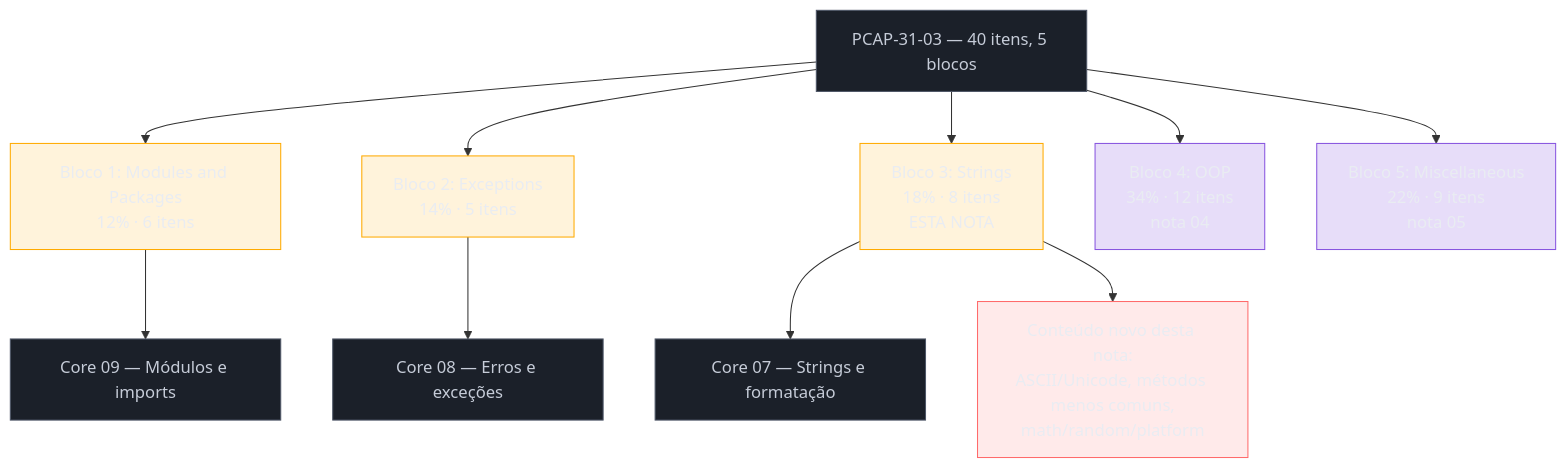
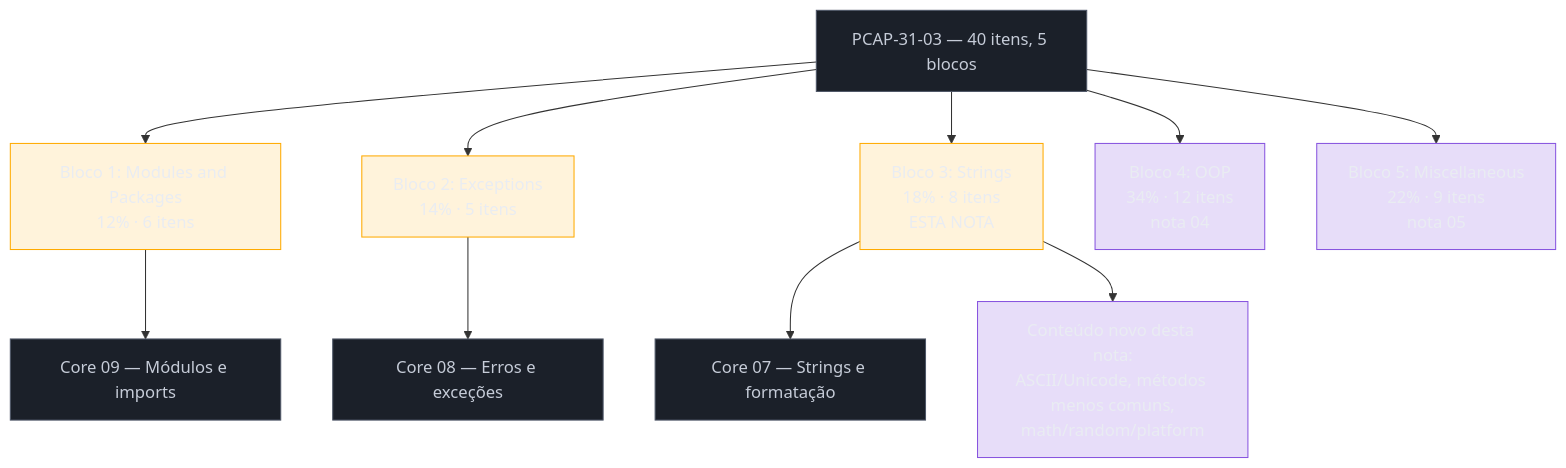
Before and after one commit to josenaldo/codex-technomanticus: the first of 2 diagrams in 03-Dominios/Tecnologia/Python/Certificação (PCEP-PCAP)/03 - PCAP — módulos, exceções e strings.md, drawn with Mermaid. The commit also changed 601 other files, not shown here.

````diff
--- a/03-Dominios/Tecnologia/Python/Certificação (PCEP-PCAP)/03 - PCAP — módulos, exceções e strings.md
+++ b/03-Dominios/Tecnologia/Python/Certificação (PCEP-PCAP)/03 - PCAP — módulos, exceções e strings.md
@@ -27,28 +27,27 @@
 ```mermaid
 flowchart TB
     classDef neutro fill:#1B2029,stroke:#4E5666,color:#C6CCD8
     classDef destaque fill:#FFAA0024,stroke:#FFAA00,color:#E9ECF2
     classDef marca fill:#8855DF33,stroke:#8855DF,color:#E9ECF2
-    classDef falha fill:#FF6B6B24,stroke:#FF6B6B,color:#E9ECF2
     PCAP["PCAP-31-03 — 40 itens, 5 blocos"] --> B1["Bloco 1: Modules and Packages<br/>12% · 6 itens"]
     PCAP --> B2["Bloco 2: Exceptions<br/>14% · 5 itens"]
     PCAP --> B3["Bloco 3: Strings<br/>18% · 8 itens<br/>ESTA NOTA"]
     PCAP --> B4["Bloco 4: OOP<br/>34% · 12 itens<br/>nota 04"]
     PCAP --> B5["Bloco 5: Miscellaneous<br/>22% · 9 itens<br/>nota 05"]
 
     B1 --> N09["Core 09 — Módulos e imports"]
     B2 --> N08["Core 08 — Erros e exceções"]
     B3 --> N07["Core 07 — Strings e formatação"]
     B3 --> NOVO["Conteúdo novo desta nota:<br/>ASCII/Unicode, métodos menos comuns,<br/>math/random/platform"]
 
     class PCAP neutro
     class B3 destaque
     class B1 destaque
     class B2 destaque
     class B4 marca
     class B5 marca
     class N09 neutro
     class N08 neutro
     class N07 neutro
-    class NOVO falha
+    class NOVO marca
 ```
````
